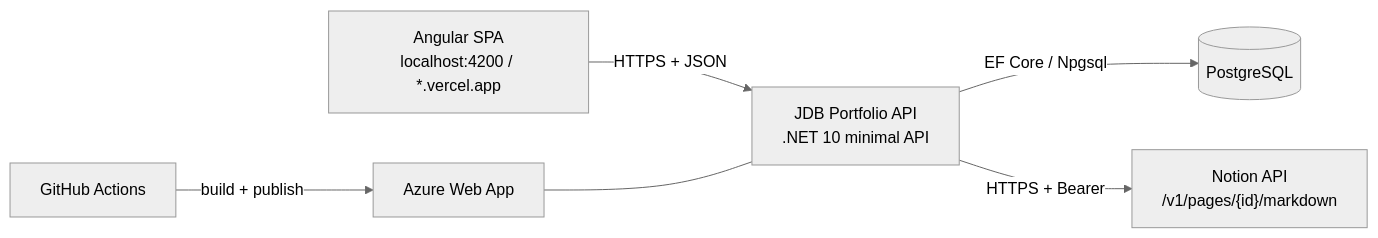
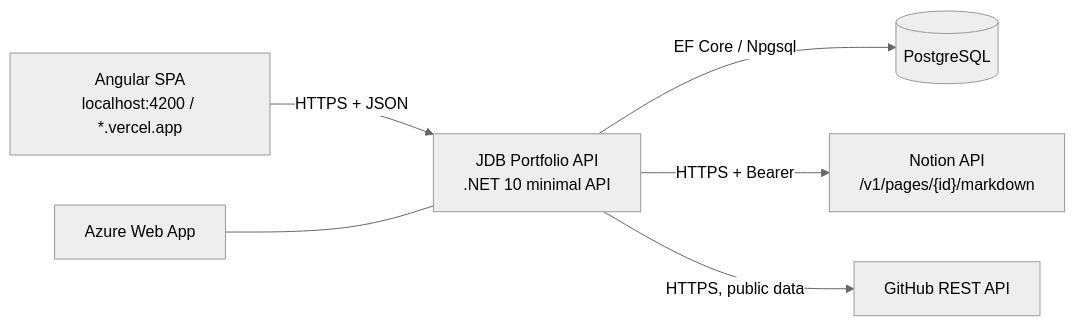
Before and after one commit to jobearry/jg-core-backend: the first of 2 diagrams in docs/architecture.md, drawn with Mermaid (neutral theme). The commit also changed other lines of this file and 25 other files, not shown here.

````diff
--- a/docs/architecture.md
+++ b/docs/architecture.md
@@ -8,15 +8,15 @@
 ```mermaid
 flowchart LR
     SPA["Angular SPA<br/>localhost:4200 / *.vercel.app"]
     API["JDB Portfolio API<br/>.NET 10 minimal API"]
     DB[("PostgreSQL")]
     NOTION["Notion API<br/>/v1/pages/{id}/markdown"]
-    GH["GitHub Actions"]
+    GH["GitHub REST API"]
     AZ["Azure Web App"]
 
     SPA -->|"HTTPS + JSON"| API
     API -->|"EF Core / Npgsql"| DB
     API -->|"HTTPS + Bearer"| NOTION
-    GH -->|"build + publish"| AZ
+    API -->|"HTTPS, public data"| GH
     AZ --- API
 ```
````
